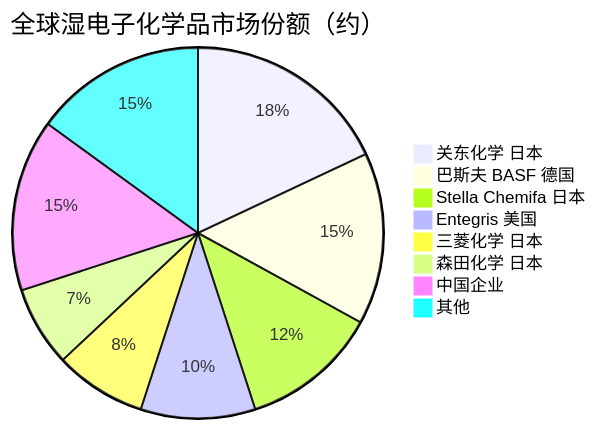
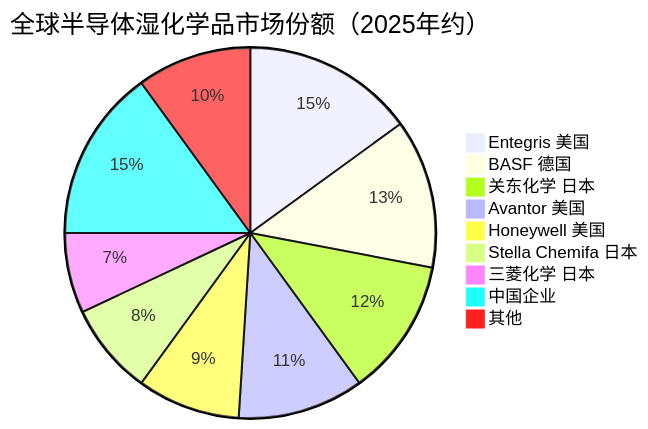
One commit to blueprint1453/industry-insight changed the third of 3 diagrams in AI产业链/上游/原材料/湿化学品.md. Above: the diagram before and after it, drawn with Mermaid. The commit also changed other lines of this file and 78 other files, not shown here.

````diff
--- a/AI产业链/上游/原材料/湿化学品.md
+++ b/AI产业链/上游/原材料/湿化学品.md
@@ -117,11 +117,12 @@
 ```mermaid
-pie title 全球湿电子化学品市场份额（约）
-    "关东化学 日本" : 18
-    "巴斯夫 BASF 德国" : 15
-    "Stella Chemifa 日本" : 12
-    "Entegris 美国" : 10
-    "三菱化学 日本" : 8
-    "森田化学 日本" : 7
+pie title 全球半导体湿化学品市场份额（2025年约）
+    "Entegris 美国" : 15
+    "BASF 德国" : 13
+    "关东化学 日本" : 12
+    "Avantor 美国" : 11
+    "Honeywell 美国" : 9
+    "Stella Chemifa 日本" : 8
+    "三菱化学 日本" : 7
     "中国企业" : 15
-    "其他" : 15
+    "其他" : 10
 ```
````
